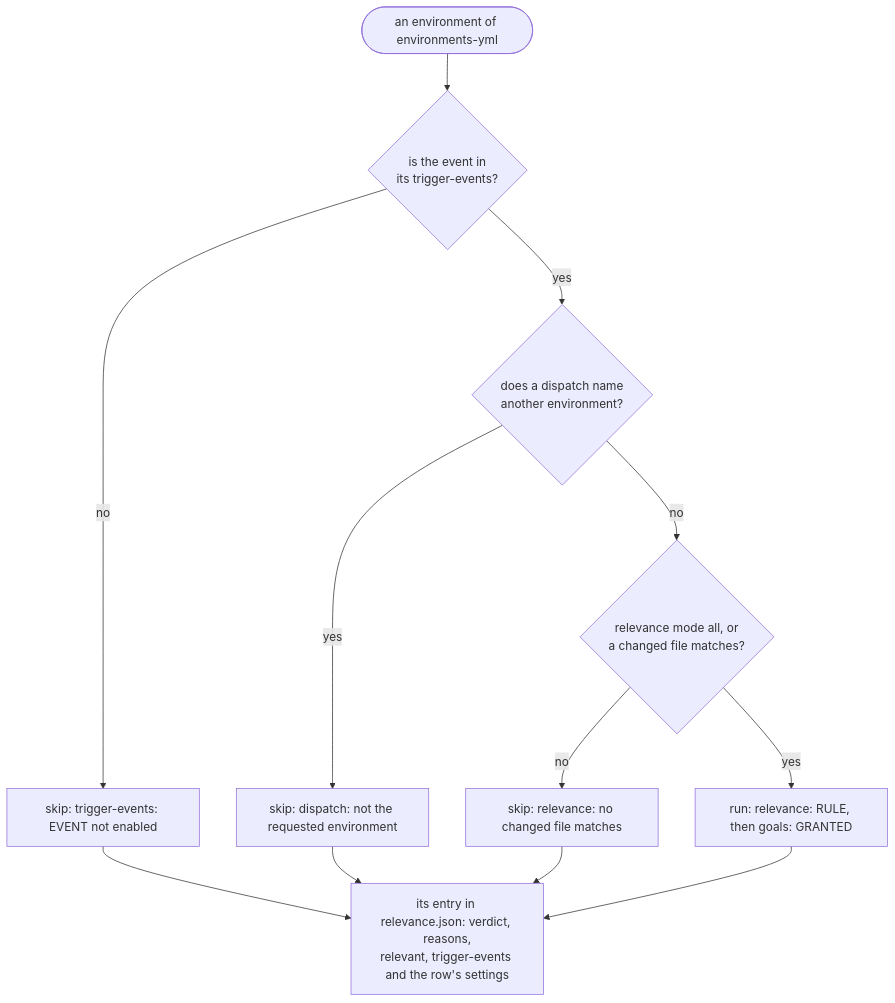
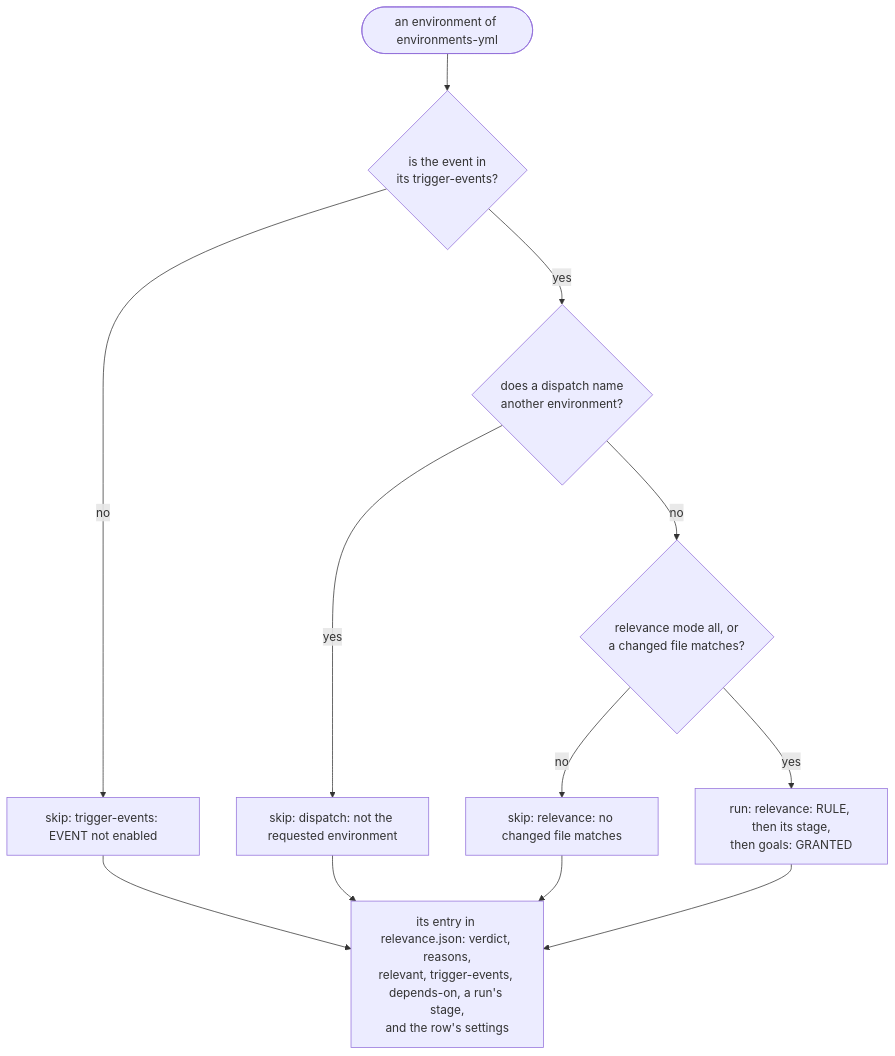
Before and after one commit to dsb-norge/github-actions-terraform: the third of 3 diagrams in docs/Decision-engine.md, drawn with Mermaid. The commit also changed other lines of this file and 2 other files, not shown here.

````diff
--- a/docs/Decision-engine.md
+++ b/docs/Decision-engine.md
@@ -433,11 +436,11 @@
 ```mermaid
 flowchart TD
   env(["an environment of environments-yml"]) --> te{"is the event in<br/>its trigger-events?"}
   te -->|no| s1["skip: trigger-events: EVENT not enabled"]
   te -->|yes| dn{"does a dispatch name<br/>another environment?"}
   dn -->|yes| s2["skip: dispatch: not the requested environment"]
   dn -->|no| rel{"relevance mode all, or<br/>a changed file matches?"}
   rel -->|no| s3["skip: relevance: no changed file matches"]
-  rel -->|yes| run["run: relevance: RULE, then goals: GRANTED"]
-  s1 & s2 & s3 & run --> entry["its entry in relevance.json: verdict, reasons,<br/>relevant, trigger-events and the row's settings"]
+  rel -->|yes| run["run: relevance: RULE, then its stage,<br/>then goals: GRANTED"]
+  s1 & s2 & s3 & run --> entry["its entry in relevance.json: verdict, reasons,<br/>relevant, trigger-events, depends-on, a run's stage,<br/>and the row's settings"]
 ```
````
